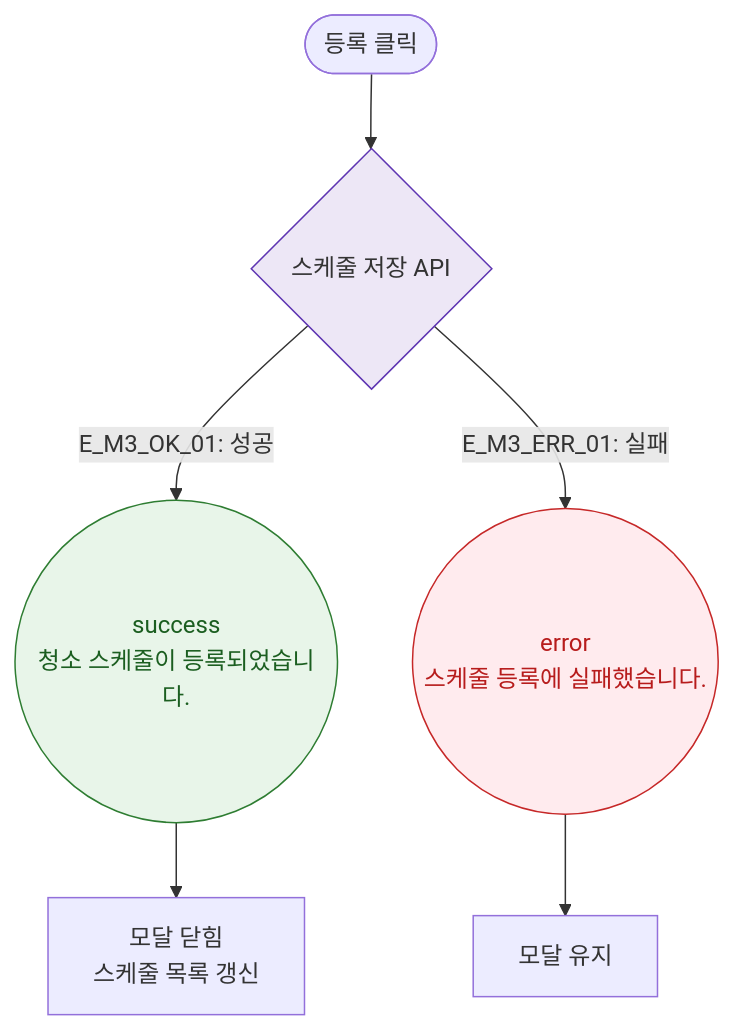
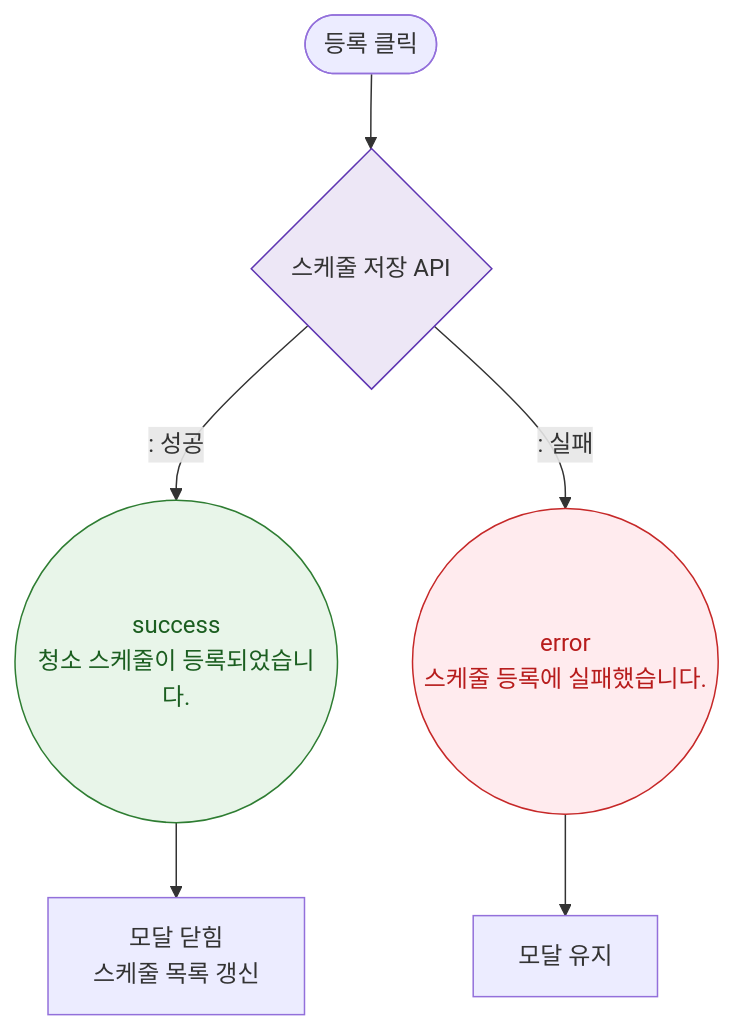
One commit to dev-spogym/admin-pando changed the diagram in docs/다이어그램/D06_시설관리/DLG/DLG-058-001_청소스케줄등록/M3_결과분기.md. Above: the diagram before and after it, drawn with Mermaid. The commit also changed other lines of this file and 1660 other files, not shown here.

First line of the commit message:
다이어그램: 기획자/클라이언트 납품본으로 정리

````diff
--- a/docs/다이어그램/D06_시설관리/DLG/DLG-058-001_청소스케줄등록/M3_결과분기.md
+++ b/docs/다이어그램/D06_시설관리/DLG/DLG-058-001_청소스케줄등록/M3_결과분기.md
@@ -16,15 +14,15 @@
 ```mermaid
 flowchart TD
     ACTION([등록 클릭]) --> SaveAPI{스케줄 저장 API}
-    SaveAPI -->|"E_M3_OK_01: 성공"| SuccessToast((success\n청소 스케줄이 등록되었습니다.))
-    SaveAPI -->|"E_M3_ERR_01: 실패"| ErrToast((error\n스케줄 등록에 실패했습니다.))
+    SaveAPI -->|": 성공"|SuccessToast((success\n청소 스케줄이 등록되었습니다.))
+    SaveAPI -->|": 실패"|ErrToast((error\n스케줄 등록에 실패했습니다.))
     SuccessToast --> CLOSE[모달 닫힘\n스케줄 목록 갱신]
     ErrToast --> STAY[모달 유지]
 
     classDef success fill:#E8F5E9,stroke:#2E7D32,color:#1B5E20
     classDef error fill:#FFEBEE,stroke:#C62828,color:#B71C1C
     classDef system fill:#EDE7F6,stroke:#5E35B2
     class SuccessToast success
     class ErrToast error
     class SaveAPI system
 ```
````
